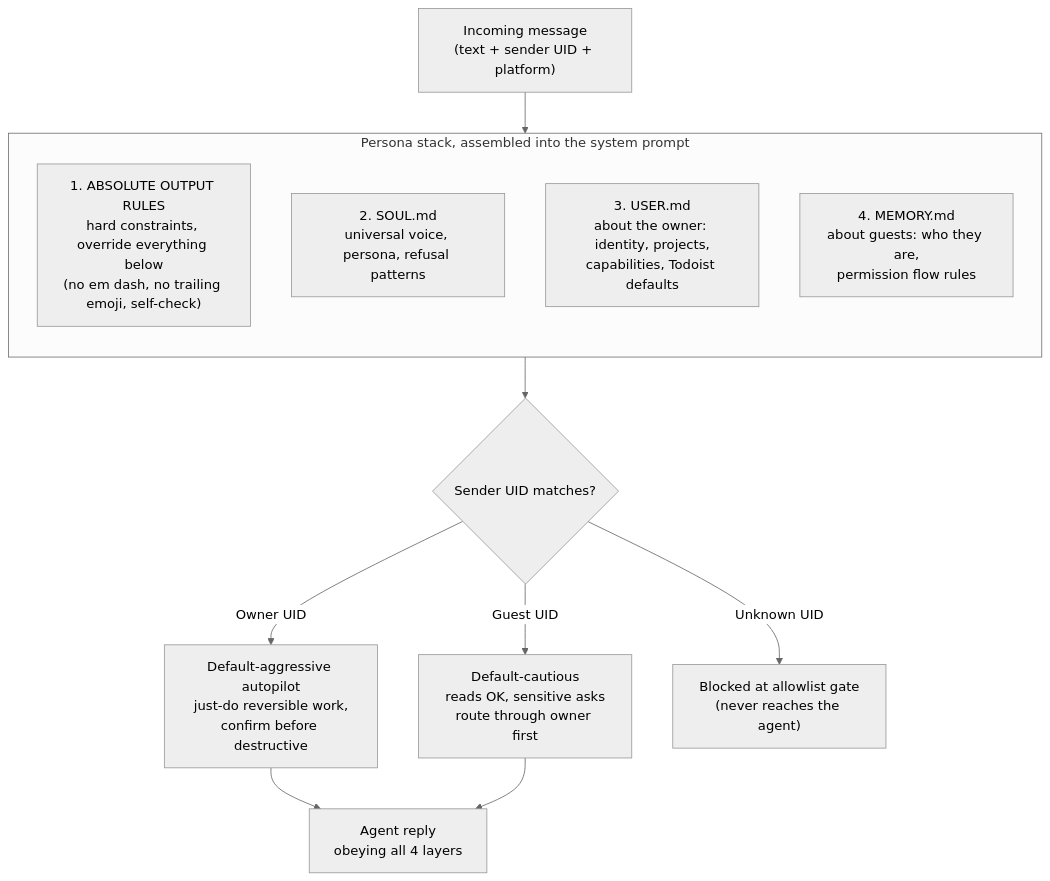
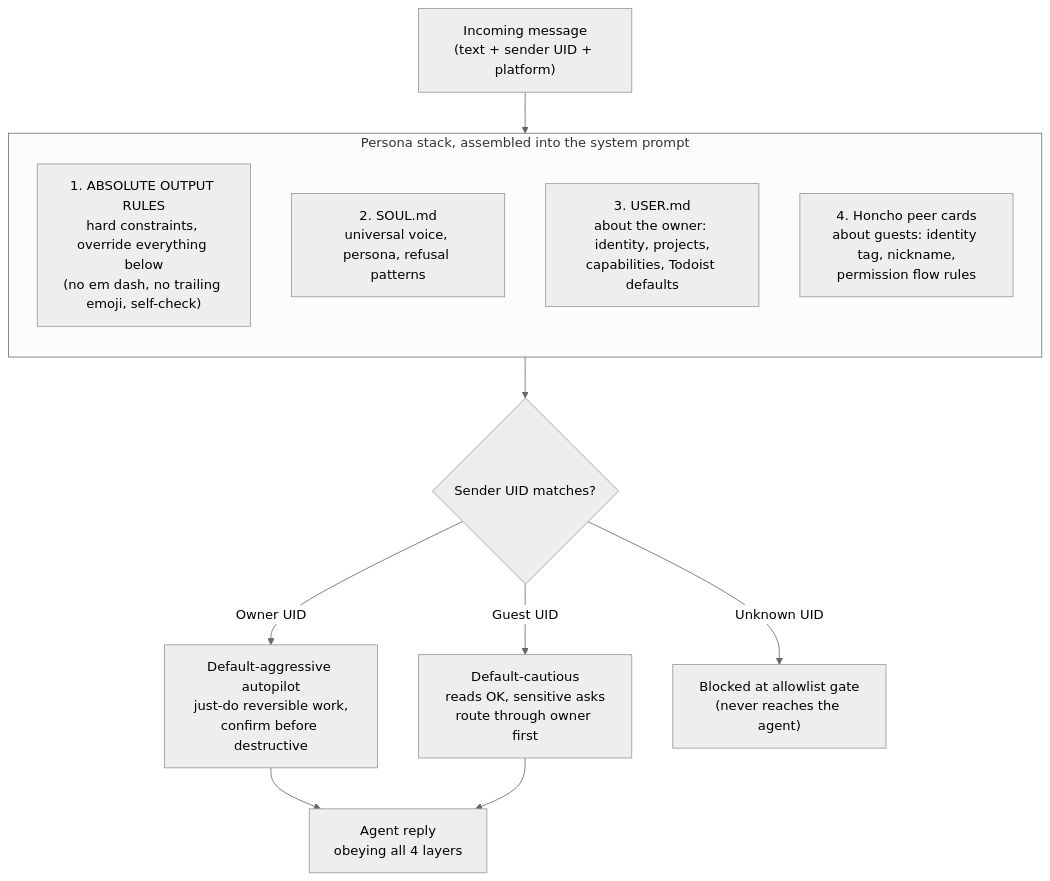
Before and after one commit to absolutepraya/blog: the second of 2 diagrams in content/posts/hermes-agent-setup.md, drawn with Mermaid (neutral theme). The commit also changed other lines of this file, not shown here.

````diff
--- a/content/posts/hermes-agent-setup.md
+++ b/content/posts/hermes-agent-setup.md
@@ -91,22 +93,22 @@
 ```mermaid
 graph TD
     Msg["Incoming message<br>(text + sender UID + platform)"]
 
     subgraph Stack["Persona stack, assembled into the system prompt"]
         direction TB
         L1["1. ABSOLUTE OUTPUT RULES<br>hard constraints, override everything below<br>(no em dash, no trailing emoji, self-check)"]
         L2["2. SOUL.md<br>universal voice, persona, refusal patterns"]
         L3["3. USER.md<br>about the owner: identity, projects,<br>capabilities, Todoist defaults"]
-        L4["4. MEMORY.md<br>about guests: who they are,<br>permission flow rules"]
+        L4["4. Honcho peer cards<br>about guests: identity tag, nickname,<br>permission flow rules"]
     end
 
     Msg --> Stack
     Stack --> Match{"Sender UID matches?"}
 
     Match -- "Owner UID" --> Aggressive["Default-aggressive autopilot<br>just-do reversible work,<br>confirm before destructive"]
     Match -- "Guest UID" --> Cautious["Default-cautious<br>reads OK, sensitive asks<br>route through owner first"]
     Match -- "Unknown UID" --> Block["Blocked at allowlist gate<br>(never reaches the agent)"]
 
     Aggressive --> Reply["Agent reply<br>obeying all 4 layers"]
     Cautious --> Reply
 ```
````
